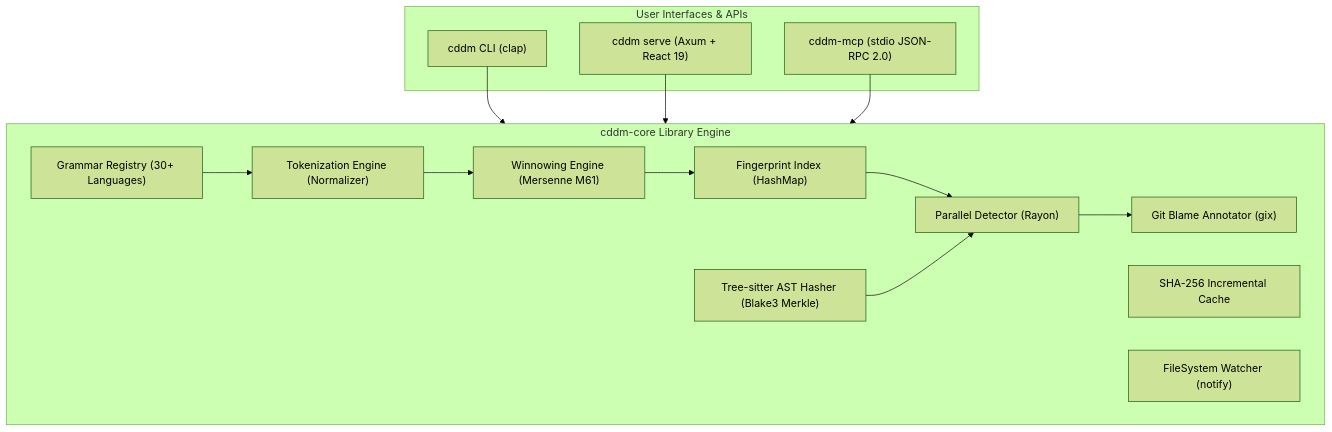
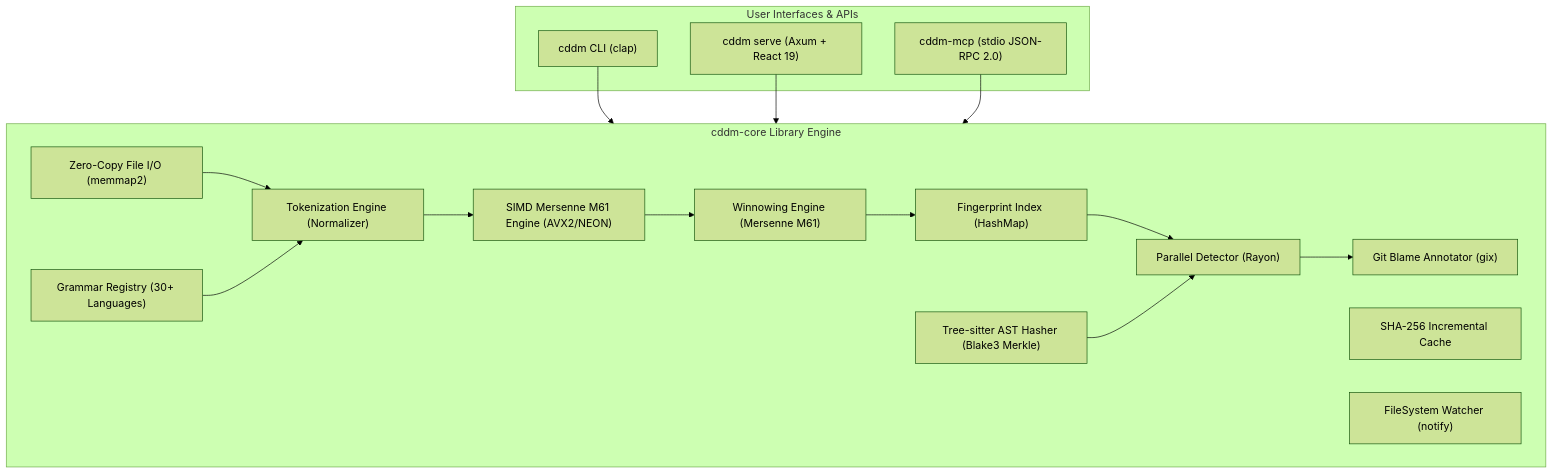
One commit to GrigorTonikyan/cddm changed the first of 2 diagrams in docs/ARCHITECTURE.md. Above: the diagram before and after it, drawn with Mermaid (forest theme). The commit also changed other lines of this file and 22 other files, not shown here.

Commit message:
feat(core): implement high-throughput zero-copy mmap and simd rolling hash vectorization

````diff
--- a/docs/ARCHITECTURE.md
+++ b/docs/ARCHITECTURE.md
@@ -7,31 +7,35 @@
 ```mermaid
 graph TD
     subgraph UI ["User Interfaces & APIs"]
         CLI["cddm CLI (clap)"]
         Serve["cddm serve (Axum + React 19)"]
         MCP["cddm-mcp (stdio JSON-RPC 2.0)"]
     end
 
     subgraph Core ["cddm-core Library Engine"]
+        IO["Zero-Copy File I/O (memmap2)"]
         Grammar["Grammar Registry (30+ Languages)"]
         Tokenizer["Tokenization Engine (Normalizer)"]
+        SIMD["SIMD Mersenne M61 Engine (AVX2/NEON)"]
         Winnow["Winnowing Engine (Mersenne M61)"]
         AST["Tree-sitter AST Hasher (Blake3 Merkle)"]
         Index["Fingerprint Index (HashMap)"]
         Detector["Parallel Detector (Rayon)"]
         Blame["Git Blame Annotator (gix)"]
         Cache["SHA-256 Incremental Cache"]
         Watcher["FileSystem Watcher (notify)"]
     end
 
     CLI --> Core
     Serve --> Core
     MCP --> Core
 
+    IO --> Tokenizer
     Grammar --> Tokenizer
-    Tokenizer --> Winnow
+    Tokenizer --> SIMD
+    SIMD --> Winnow
     Winnow --> Index
     Index --> Detector
     AST --> Detector
     Detector --> Blame
 ```
````
